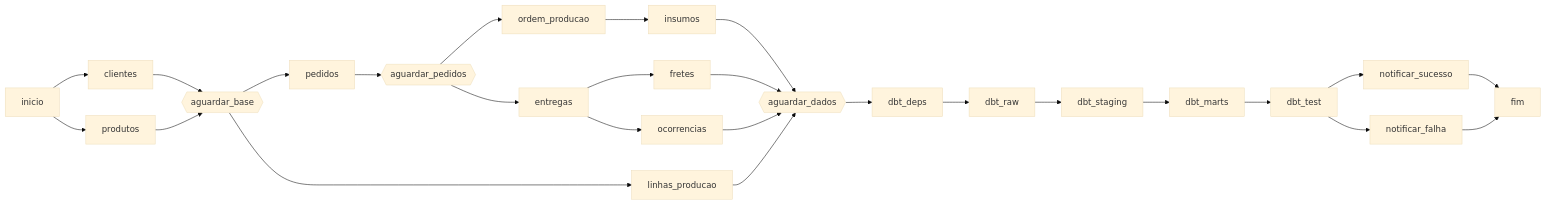
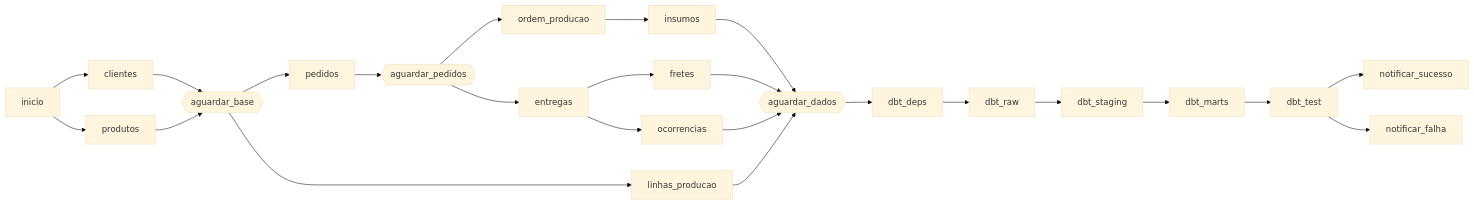
The second of 2 diagrams in README.md (Fischerlopes/pipeline_completo), drawn with Mermaid (base theme) before and after one commit. The commit also changed other lines of this file and 3 other files, not shown here.

````diff
--- a/README.md
+++ b/README.md
@@ -44,14 +44,13 @@
 ```mermaid
 flowchart LR
     inicio --> clientes & produtos
     clientes & produtos --> base{{aguardar_base}}
     base --> pedidos & linhas[linhas_producao]
     pedidos --> ped{{aguardar_pedidos}}
     ped --> ordens[ordem_producao] & entregas
     ordens --> insumos
     entregas --> fretes & ocorrencias
     insumos & fretes & ocorrencias & linhas --> dados{{aguardar_dados}}
     dados --> dbt_deps --> dbt_raw --> dbt_staging --> dbt_marts --> dbt_test
     dbt_test --> sucesso[notificar_sucesso] & falha[notificar_falha]
-    sucesso & falha --> fim
 ```
````
